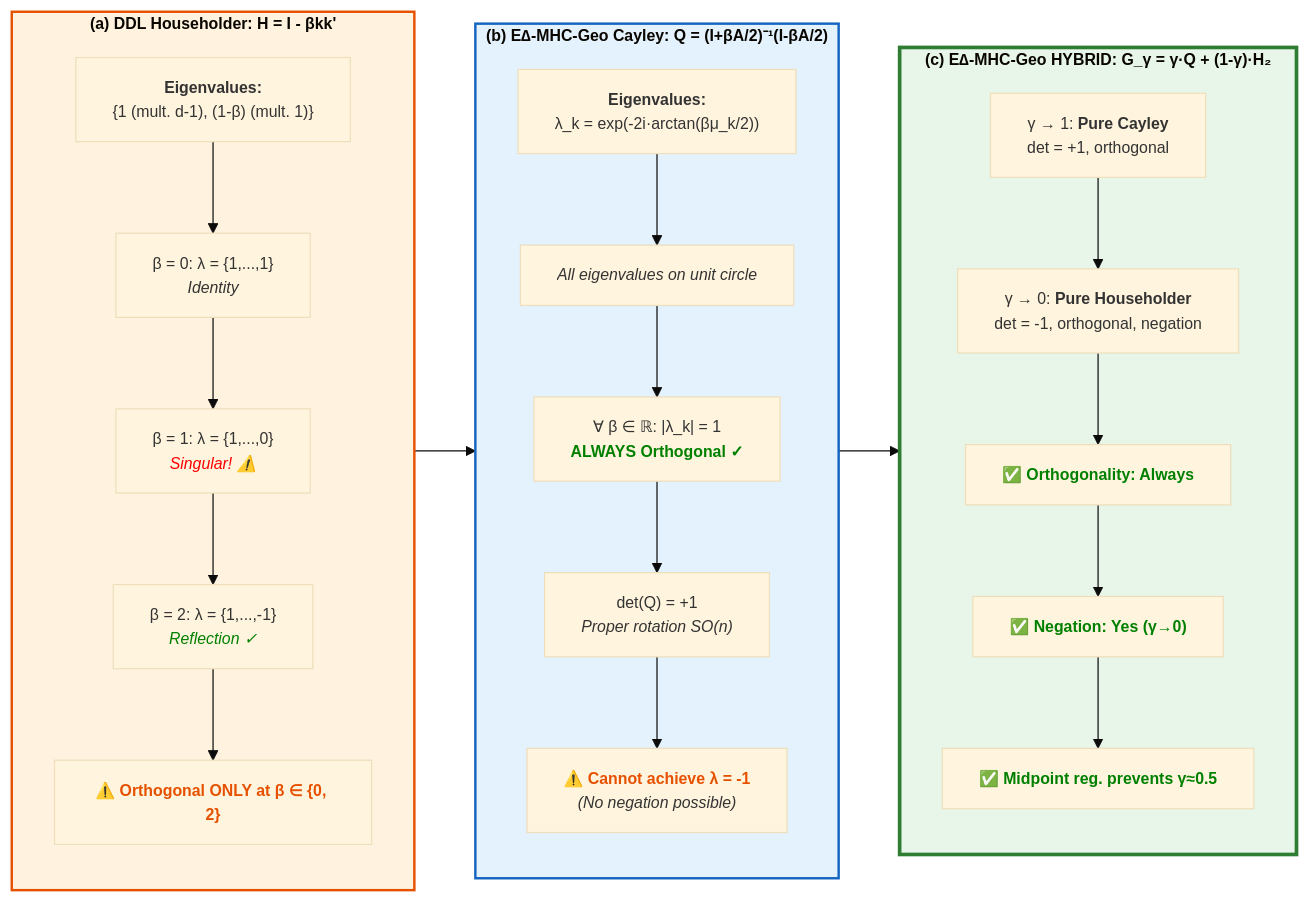
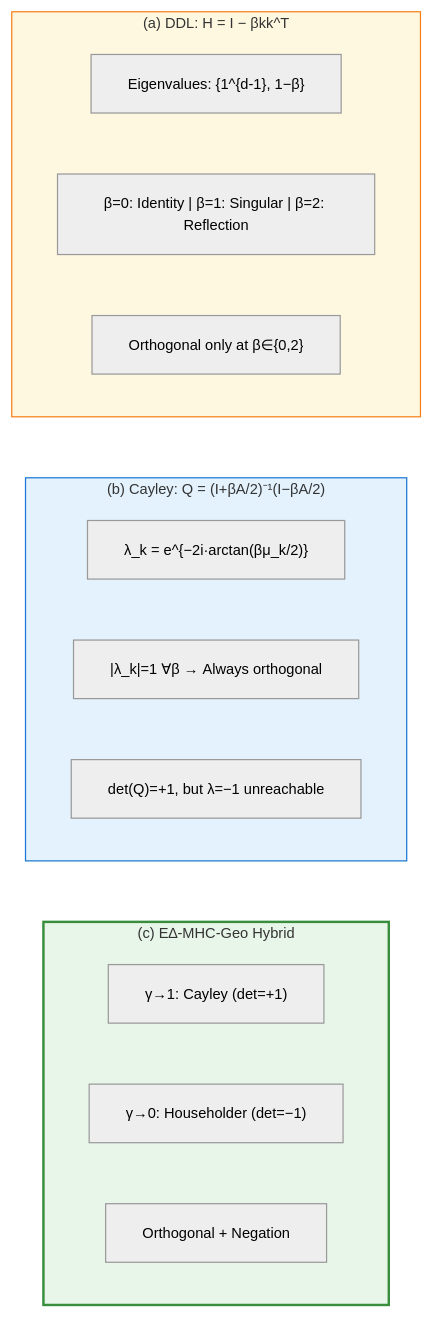
One commit to arash-shahmansoori/edelta changed the fourth of 7 diagrams in docs/RESEARCH_V3.md. Above: the diagram before and after it, drawn with Mermaid. The commit also changed other lines of this file, not shown here.

First line of the commit message:
Optimize Mermaid diagrams for publication quality

````diff
--- a/docs/RESEARCH_V3.md
+++ b/docs/RESEARCH_V3.md
@@ -1029,42 +989,27 @@
 ```mermaid
-%%{init: {'theme': 'base', 'themeVariables': { 'fontSize': '13px'}}}%%
-flowchart LR
-    subgraph DDL["<b>(a) DDL Householder: H = I - βkk'</b>"]
-        direction TB
-        D1["<b>Eigenvalues:</b><br/>{1 (mult. d-1), (1-β) (mult. 1)}"]
-        D2["β = 0: λ = {1,...,1}<br/><i>Identity</i>"]
-        D3["β = 1: λ = {1,...,0}<br/><i style='color:red'>Singular! ⚠️</i>"]
-        D4["β = 2: λ = {1,...,-1}<br/><i style='color:green'>Reflection ✓</i>"]
-        D5["<span style='color:#e65100'><b>⚠️ Orthogonal ONLY at β ∈ {0, 2}</b></span>"]
-        D1 --> D2 --> D3 --> D4 --> D5
+%%{init: {'theme': 'neutral', 'themeVariables': { 'fontSize': '12px'}}}%%
+flowchart TB
+    subgraph DDL["(a) DDL: H = I − βkk^T"]
+        D1["Eigenvalues: {1^{d-1}, 1−β}"]
+        D2["β=0: Identity | β=1: Singular | β=2: Reflection"]
+        D3["Orthogonal only at β∈{0,2}"]
     end
     
-    subgraph CAYLEY["<b>(b) E∆-MHC-Geo Cayley: Q = (I+βA/2)⁻¹(I-βA/2)</b>"]
-        direction TB
-        C1["<b>Eigenvalues:</b><br/>λ_k = exp(-2i·arctan(βμ_k/2))"]
-        C2["<i>All eigenvalues on unit circle</i>"]
-        C3["∀ β ∈ ℝ: |λ_k| = 1<br/><b style='color:green'>ALWAYS Orthogonal ✓</b>"]
-        C4["det(Q) = +1<br/><i>Proper rotation SO(n)</i>"]
-        C5["<span style='color:#e65100'><b>⚠️ Cannot achieve λ = -1</b></span><br/><i>(No negation possible)</i>"]
-        C1 --> C2 --> C3 --> C4 --> C5
+    subgraph CAY["(b) Cayley: Q = (I+βA/2)⁻¹(I−βA/2)"]
+        C1["λ_k = e^{−2i·arctan(βμ_k/2)}"]
+        C2["|λ_k|=1 ∀β → Always orthogonal"]
+        C3["det(Q)=+1, but λ=−1 unreachable"]
     end
     
-    subgraph HYBRID["<b>(c) E∆-MHC-Geo HYBRID: G_γ = γ·Q + (1-γ)·H₂</b>"]
-        direction TB
-        H1["γ → 1: <b>Pure Cayley</b><br/>det = +1, orthogonal"]
-        H2["γ → 0: <b>Pure Householder</b><br/>det = -1, orthogonal, negation"]
-        H3["<b style='color:green'>✅ Orthogonality: Always</b>"]
-        H4["<b style='color:green'>✅ Negation: Yes (γ→0)</b>"]
-        H5["<b style='color:green'>✅ Midpoint reg. prevents γ≈0.5</b>"]
-        H1 --> H2
-        H2 --> H3
-        H3 --> H4
-        H4 --> H5
+    subgraph HYB["(c) E∆-MHC-Geo Hybrid"]
+        H1["γ→1: Cayley (det=+1)"]
+        H2["γ→0: Householder (det=−1)"]
+        H3["Orthogonal + Negation"]
     end
     
-    DDL --> CAYLEY --> HYBRID
+    DDL ~~~ CAY ~~~ HYB
     
-    style DDL fill:#fff3e0,stroke:#e65100,stroke-width:2px
-    style CAYLEY fill:#e3f2fd,stroke:#1565c0,stroke-width:2px
-    style HYBRID fill:#e8f5e9,stroke:#2e7d32,stroke-width:3px
+    style DDL fill:#fff8e1,stroke:#f57f17,stroke-width:1px
+    style CAY fill:#e3f2fd,stroke:#1976d2,stroke-width:1px
+    style HYB fill:#e8f5e9,stroke:#388e3c,stroke-width:2px
 ```
````
